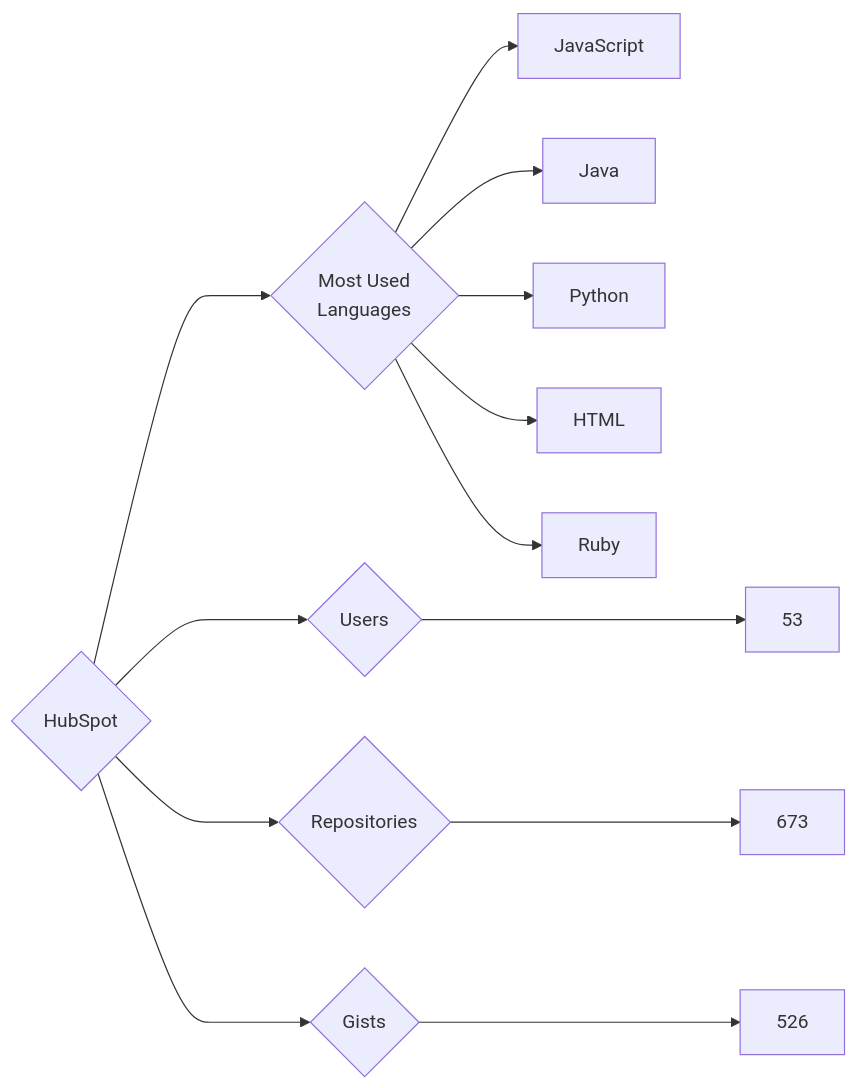
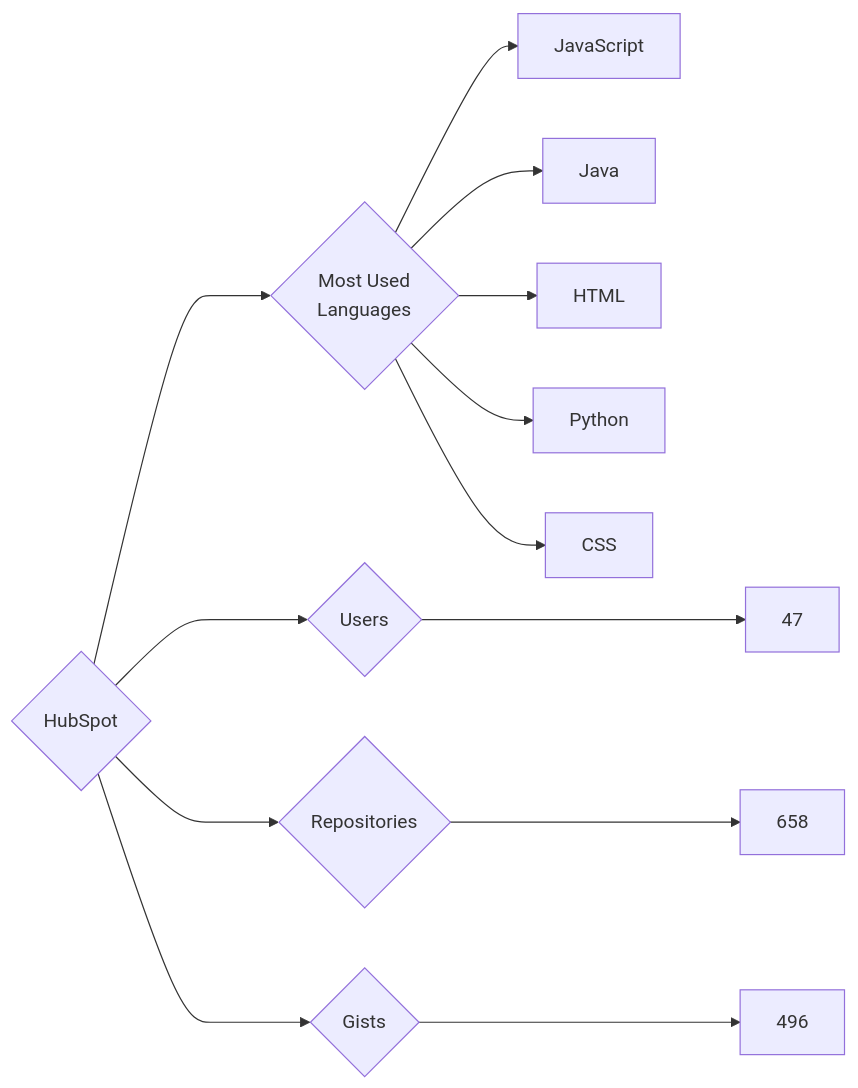
One commit to trickest/insiders changed the diagram in targets/HubSpot/README.md. Above: the diagram before and after it, drawn with Mermaid. The commit also changed 773 other files, not shown here.

````diff
--- a/targets/HubSpot/README.md
+++ b/targets/HubSpot/README.md
@@ -3,13 +3,13 @@
 ```mermaid
 graph LR
 COMPANY_NAME{HubSpot}
-COMPANY_NAME ---> U{Users} ---> UN[53]
-COMPANY_NAME ---> R{Repositories} ---> RN[673]
-COMPANY_NAME ---> G{Gists} ---> GN[526]
+COMPANY_NAME ---> U{Users} ---> UN[47]
+COMPANY_NAME ---> R{Repositories} ---> RN[658]
+COMPANY_NAME ---> G{Gists} ---> GN[496]
 COMPANY_NAME ---> ML{Most Used<br>Languages}
 ML --> JavaScript[JavaScript]
 ML --> Java[Java]
+ML --> HTML[HTML]
 ML --> Python[Python]
-ML --> HTML[HTML]
-ML --> Ruby[Ruby]
+ML --> CSS[CSS]
 ```
````
